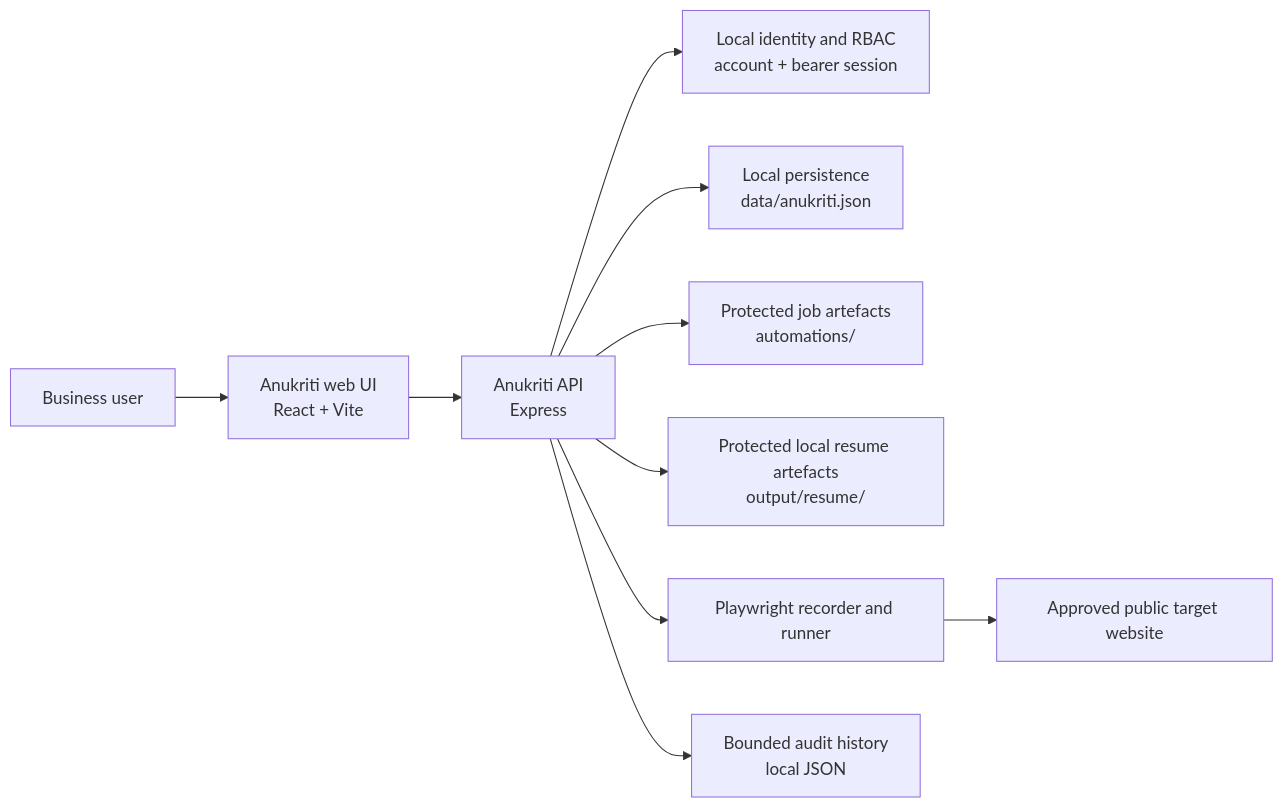
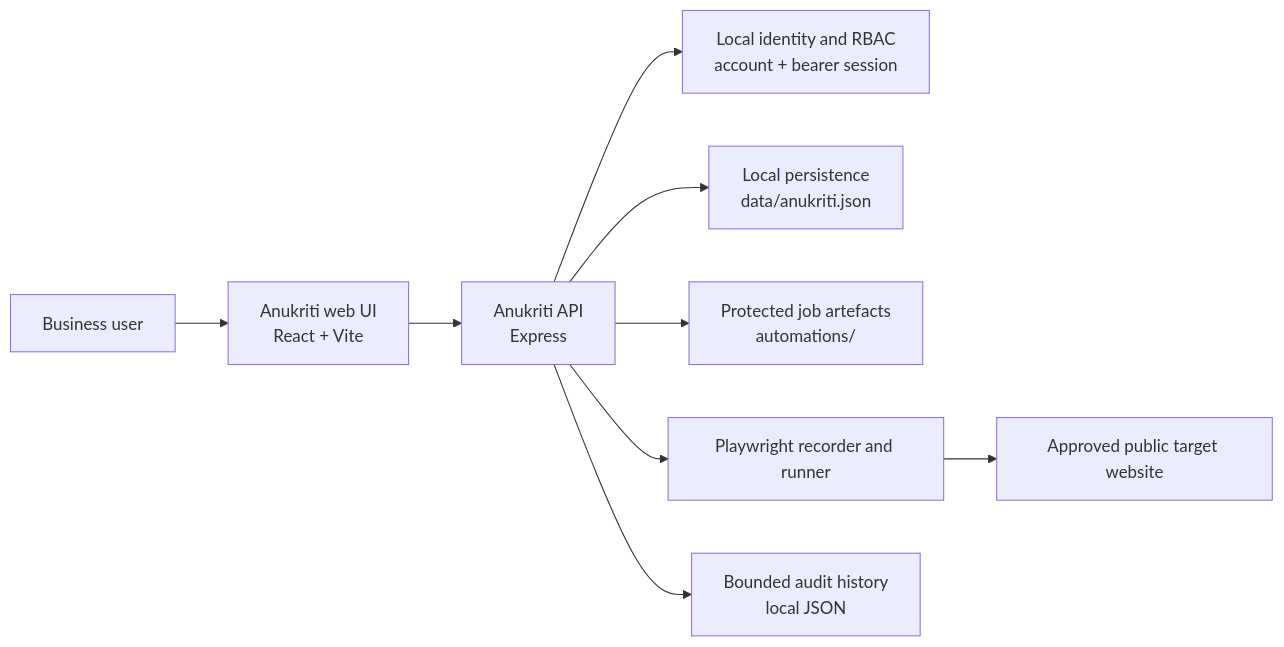
The first of 4 diagrams in docs/ARCHITECTURE-HLD.md (ThakurRanveerSingh/Chayya_OpenAIBuildWeek), drawn with Mermaid before and after one commit. The commit also changed other lines of this file and 31 other files, not shown here.

````diff
--- a/docs/ARCHITECTURE-HLD.md
+++ b/docs/ARCHITECTURE-HLD.md
@@ -24,12 +22,11 @@
 ```mermaid
 flowchart LR
   U["Business user"] --> UI["Anukriti web UI\nReact + Vite"]
   UI --> API["Anukriti API\nExpress"]
   API --> AUTH["Local identity and RBAC\naccount + bearer session"]
   API --> STORE["Local persistence\ndata/anukriti.json"]
   API --> ART["Protected job artefacts\nautomations/"]
-  API --> RES["Protected local resume artefacts\noutput/resume/"]
   API --> PW["Playwright recorder and runner"]
   PW --> SITE["Approved public target website"]
   API --> AUDIT["Bounded audit history\nlocal JSON"]
 ```
````
